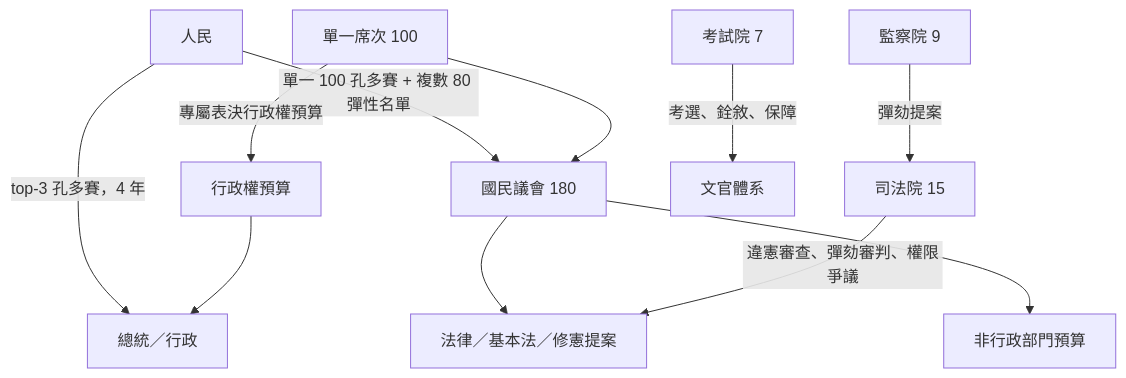
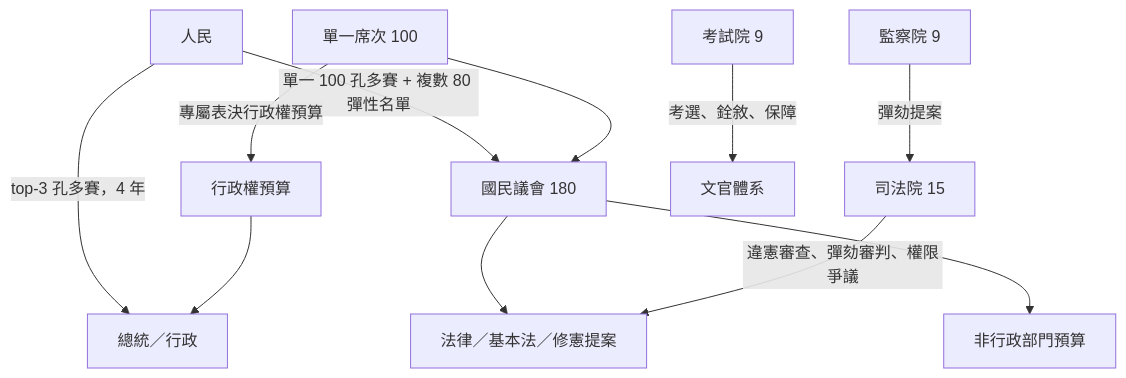
One commit to IRonROOT578/Political-Economy-Research-Public changed the first of 10 diagrams in topics/regime-designs/designs/台灣/一院總統制/憲政架構圖.md. Above: the diagram before and after it, drawn with Mermaid. The commit also changed other lines of this file and 128 other files, not shown here.

````diff
--- a/topics/regime-designs/designs/台灣/一院總統制/憲政架構圖.md
+++ b/topics/regime-designs/designs/台灣/一院總統制/憲政架構圖.md
@@ -7,17 +7,17 @@
 ```mermaid
 flowchart TD
   People[人民]
   People -->|top-3 孔多賽，4 年| Pres[總統／行政]
   People -->|單一 100 孔多賽 + 複數 80 彈性名單| NA[國民議會 180]
   SMD[單一席次 100] --> NA
   SMD -->|專屬表決行政權預算| Budget[行政權預算]
   Budget --> Pres
   NA --> Law[法律／基本法／修憲提案]
   NA --> OthBud[非行政部門預算]
   J[司法院 15]
   S[監察院 9]
-  E[考試院 7]
+  E[考試院 9]
   S -->|彈劾提案| J
   J -->|違憲審查、彈劾審判、權限爭議| Law
   E -->|考選、銓敘、保障| Civil[文官體系]
 ```
````
